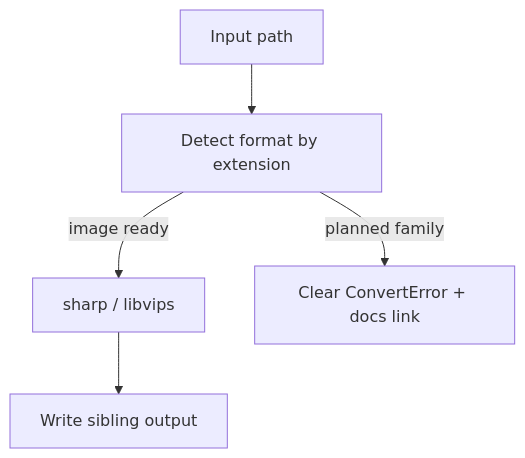
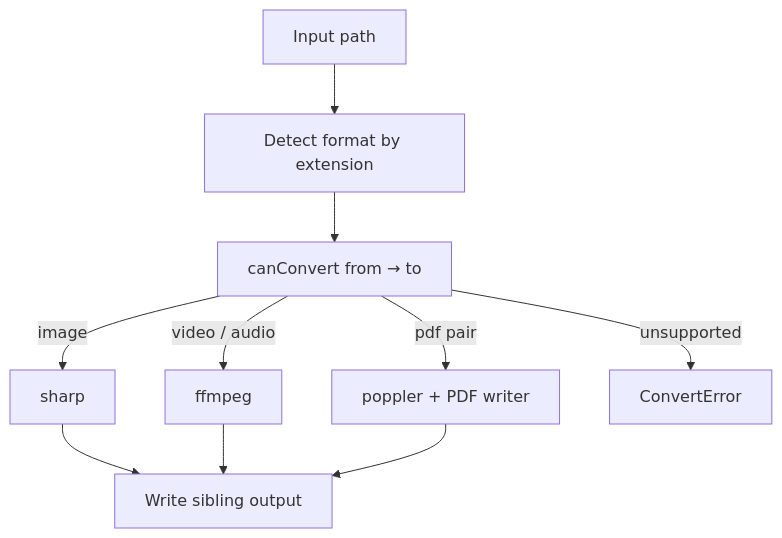
The diagram in docs/formats/README.md (smeltery/convrt), drawn with Mermaid before and after one commit. The commit also changed other lines of this file and 20 other files, not shown here.

First line of the commit message:
feat: convert video, audio, and PDF via engine router

````diff
--- a/docs/formats/README.md
+++ b/docs/formats/README.md
@@ -27,7 +28,12 @@
 ```mermaid
 flowchart TD
   input["Input path"] --> detect["Detect format by extension"]
-  detect -->|image ready| sharp["sharp / libvips"]
-  detect -->|planned family| reject["Clear ConvertError + docs link"]
+  detect --> rules["canConvert from → to"]
+  rules -->|image| sharp["sharp"]
+  rules -->|video / audio| ffmpeg["ffmpeg"]
+  rules -->|pdf pair| pdf["poppler + PDF writer"]
+  rules -->|unsupported| reject["ConvertError"]
   sharp --> write["Write sibling output"]
+  ffmpeg --> write
+  pdf --> write
 ```
````
